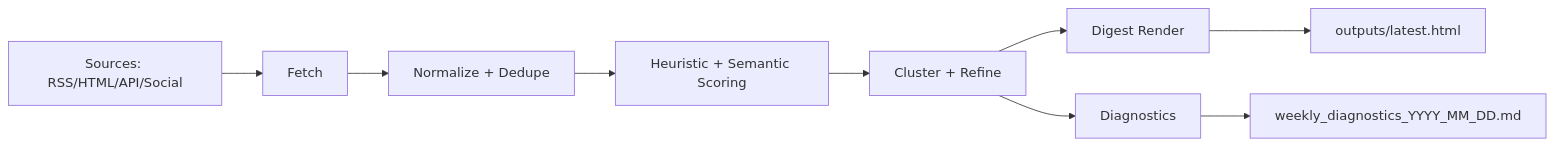
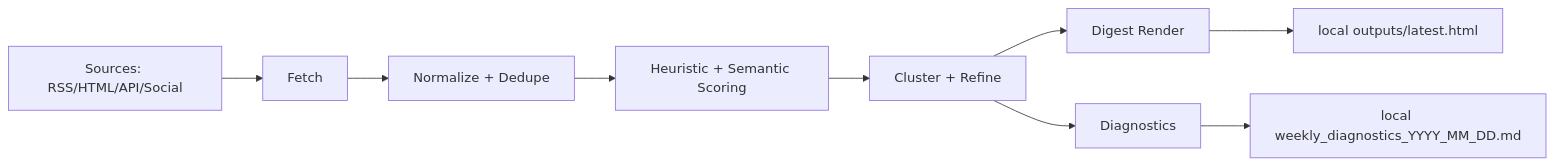
The diagram in README.md (aylin-jarrahnezhad/agentic-ai-curator), drawn with Mermaid before and after one commit. The commit also changed other lines of this file, not shown here.

Commit message:
docs(readme): add TL;DR and clarify local output artifacts

````diff
--- a/README.md
+++ b/README.md
@@ -120,11 +139,11 @@
 ```mermaid
 flowchart LR
   A[Sources: RSS/HTML/API/Social] --> B[Fetch]
   B --> C[Normalize + Dedupe]
   C --> D[Heuristic + Semantic Scoring]
   D --> E[Cluster + Refine]
   E --> F[Digest Render]
   E --> G[Diagnostics]
-  F --> H[outputs/latest.html]
-  G --> I[weekly_diagnostics_YYYY_MM_DD.md]
+  F --> H[local outputs/latest.html]
+  G --> I[local weekly_diagnostics_YYYY_MM_DD.md]
 ```
````
